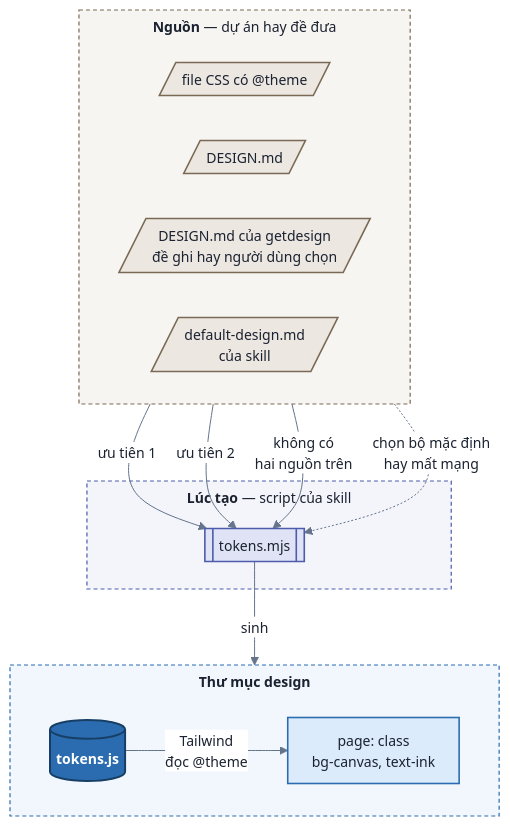
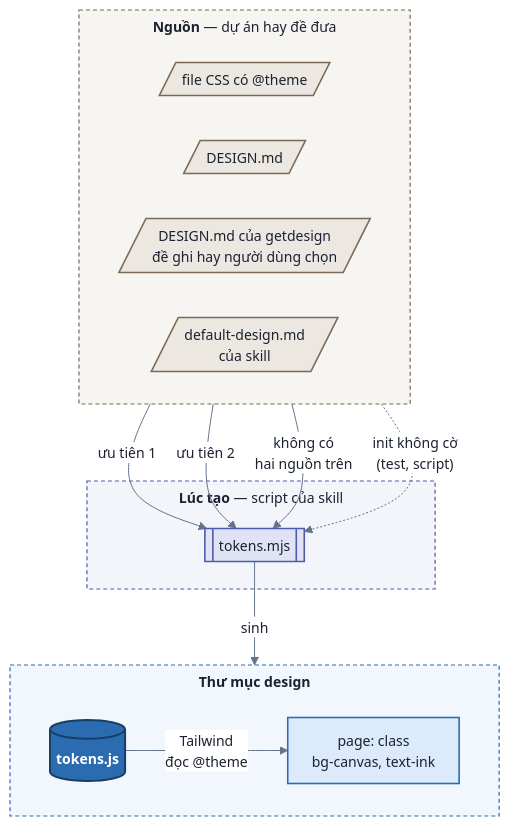
One commit to namitfruits/skills changed the first of 3 diagrams in skills/design-uiux/SPEC.md. Above: the diagram before and after it, drawn with Mermaid. The commit also changed other lines of this file and 24 other files, not shown here.

First line of the commit message:
design-uiux: 010 không có design system thì chọn một bộ của getdesign

````diff
--- a/skills/design-uiux/SPEC.md
+++ b/skills/design-uiux/SPEC.md
@@ -142,38 +140,38 @@
 ```mermaid
 %%{init: {'theme':'base','themeVariables':{'fontSize':'14px','titleColor':'#1b2230','textColor':'#1b2230','nodeTextColor':'#1b2230','lineColor':'#64748b','edgeLabelBackground':'#ffffff','clusterBkg':'#F7F8FA','clusterBorder':'#8a93a5'},'flowchart':{'curve':'basis','nodeSpacing':45,'rankSpacing':55,'padding':12,'subGraphTitleMargin':{'top':6,'bottom':14}}}}%%
 flowchart TB
   subgraph SRC["`**Nguồn** — dự án hay đề đưa`"]
     direction LR
     S1[/"file CSS có @theme"/]
     S2[/"DESIGN.md"/]
     S4[/"DESIGN.md của getdesign<br/>đề ghi hay người dùng chọn"/]
     S3[/"default-design.md<br/>của skill"/]
   end
   subgraph GEN["`**Lúc tạo** — script của skill`"]
     G[["tokens.mjs"]]
   end
   subgraph OUT["`**Thư mục design**`"]
     direction LR
     T[("tokens.js")]
     P["page: class<br/>bg-canvas, text-ink"]
     T -->|"Tailwind<br/>đọc @theme"| P
   end
   S1 -->|"ưu tiên 1"| G
   S2 -->|"ưu tiên 2"| G
   S4 -->|"không có<br/>hai nguồn trên"| G
-  S3 -.->|"chọn bộ mặc định<br/>hay mất mạng"| G
+  S3 -.->|"init không cờ<br/>(test, script)"| G
   G -->|"sinh"| T
   linkStyle default color:#1b2230
 
   classDef fe    fill:#DCEBFB,stroke:#2b6cb0,stroke-width:1.6px,color:#1b2230
   classDef svc   fill:#DFE3F5,stroke:#4c5bab,stroke-width:1.6px,color:#1b2230
   classDef core  fill:#2b6cb0,stroke:#173f66,stroke-width:2px,color:#ffffff,font-weight:bold
   classDef ext   fill:#ECE7E1,stroke:#7a6a55,stroke-width:1.6px,color:#1b2230
   class S1,S2,S3,S4 ext
   class G svc
   class T core
   class P fe
   style SRC fill:#F7F5F2,stroke:#7a6a55,stroke-width:1.2px,stroke-dasharray: 4 3
   style GEN fill:#F4F5FB,stroke:#4c5bab,stroke-width:1.2px,stroke-dasharray: 4 3
   style OUT fill:#F2F7FD,stroke:#2b6cb0,stroke-width:1.2px,stroke-dasharray: 4 3
 ```
````
